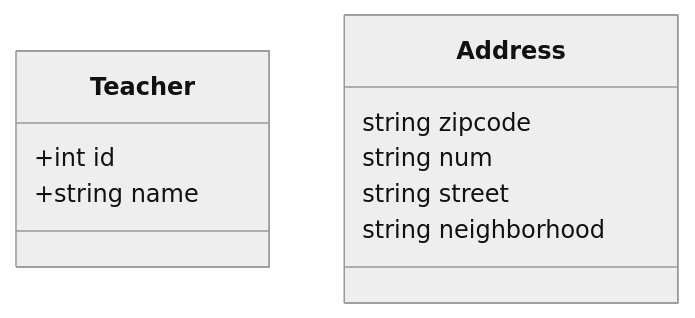
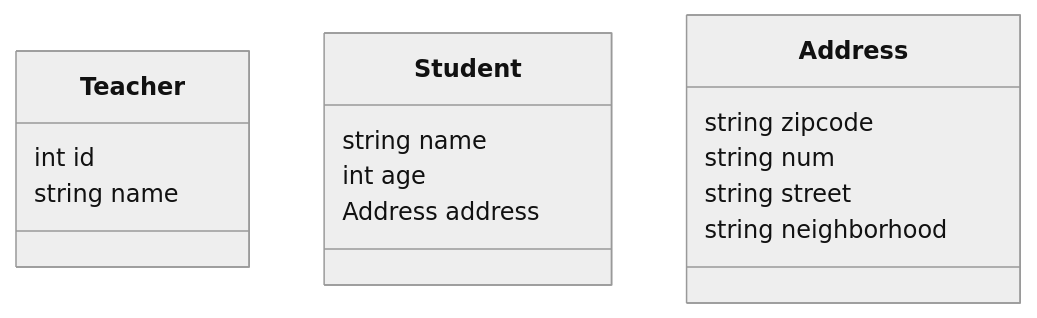
Before and after one commit to cezarcruz/gymfront: the diagram in README.md, drawn with Mermaid (neutral theme).

Commit message:
more marmaid

````diff
--- a/README.md
+++ b/README.md
@@ -1,14 +1,20 @@
 ```mermaid
 classDiagram
     class Teacher {
-        +int    id
-        +string name
+        int    id
+        string name
+    }
+
+    class Student {
+        string  name
+        int     age
+        Address address
     }
 
     class Address {
         string  zipcode
         string  num
         string  street
         string  neighborhood
     }
 ```
````
